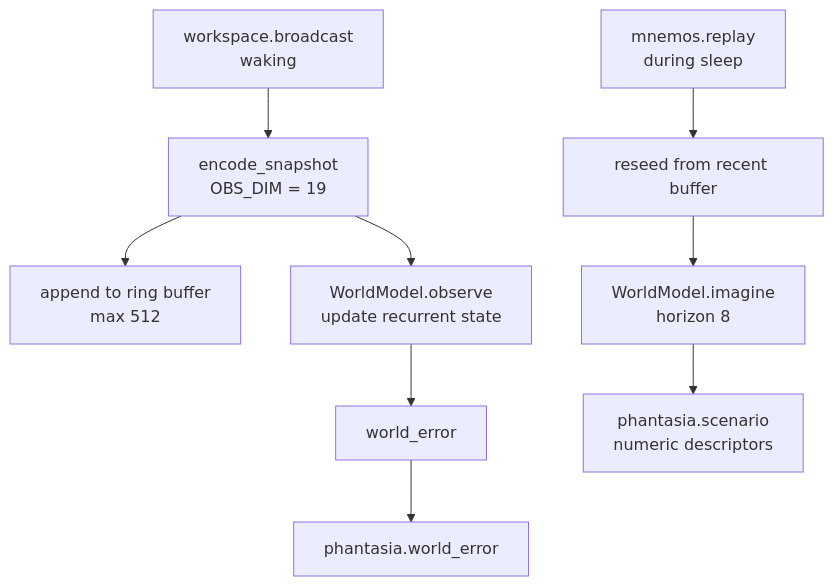
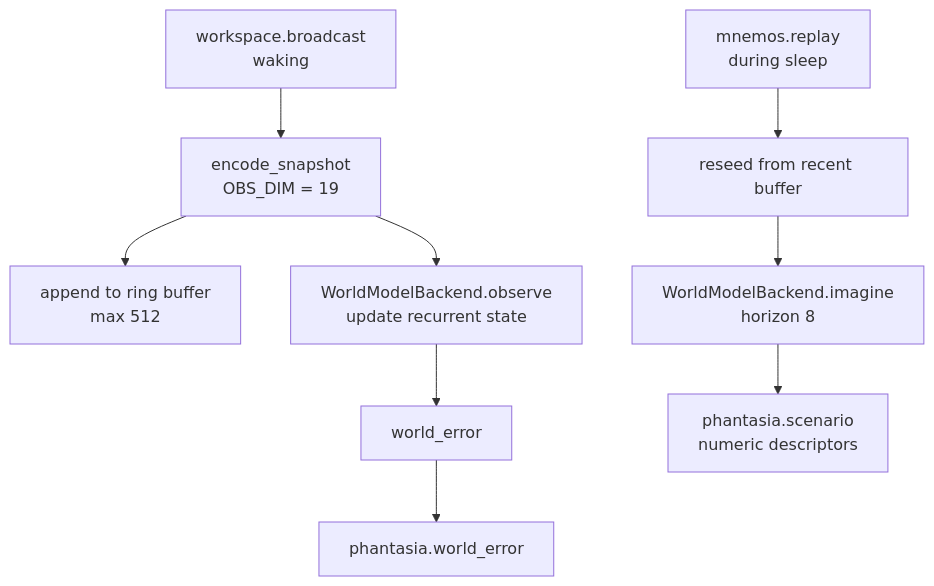
The diagram in docs/09-modules/phantasia.md (kaineone/kaine), drawn with Mermaid before and after one commit. The commit also changed other lines of this file and 33 other files, not shown here.

First line of the commit message:
functional-module-names step 2: free the WorldModel and SelfModel names

````diff
--- a/docs/09-modules/phantasia.md
+++ b/docs/09-modules/phantasia.md
@@ -103,12 +103,12 @@
 ```mermaid
 flowchart TD
     WS[workspace.broadcast\nwaking] --> ENC[encode_snapshot\nOBS_DIM = 19]
     ENC --> BUF[append to ring buffer\nmax 512]
-    ENC --> OBS[WorldModel.observe\nupdate recurrent state]
+    ENC --> OBS[WorldModelBackend.observe\nupdate recurrent state]
     OBS --> ERR[world_error]
     ERR --> PUB_ERR[phantasia.world_error]
 
     REPLAY[mnemos.replay\nduring sleep] --> SEED[reseed from recent buffer]
-    SEED --> IMAGINE[WorldModel.imagine\nhorizon 8]
+    SEED --> IMAGINE[WorldModelBackend.imagine\nhorizon 8]
     IMAGINE --> SCE[phantasia.scenario\nnumeric descriptors]
 ```
````
